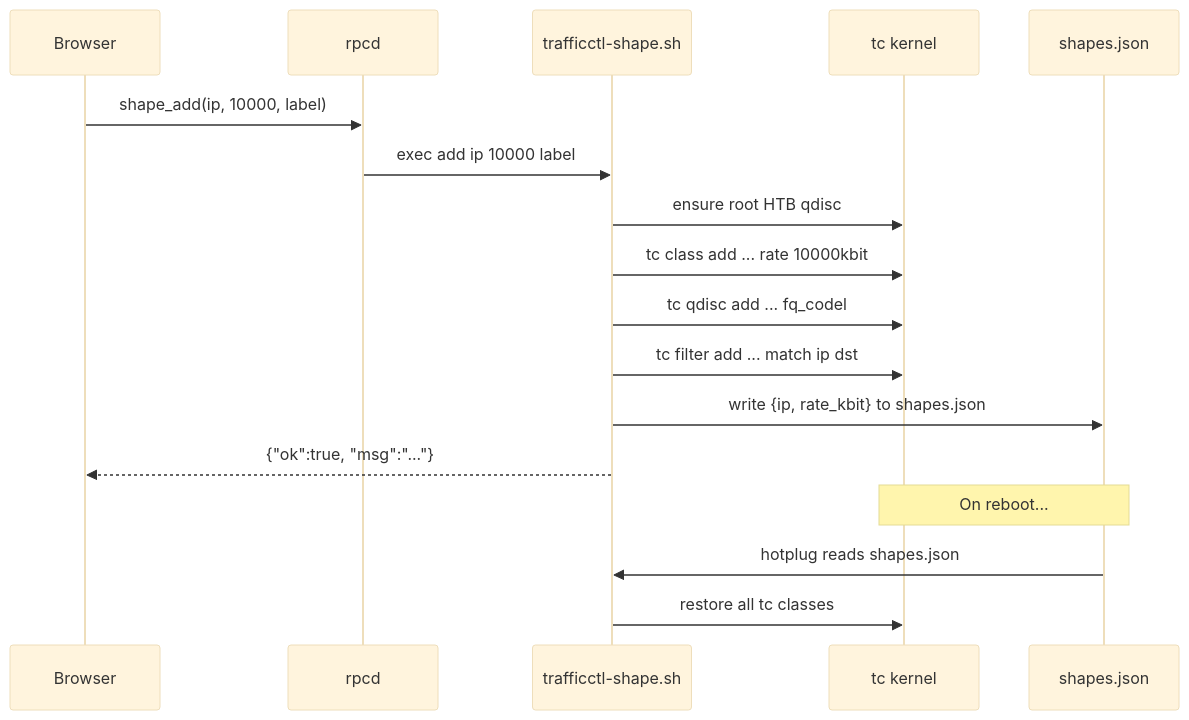
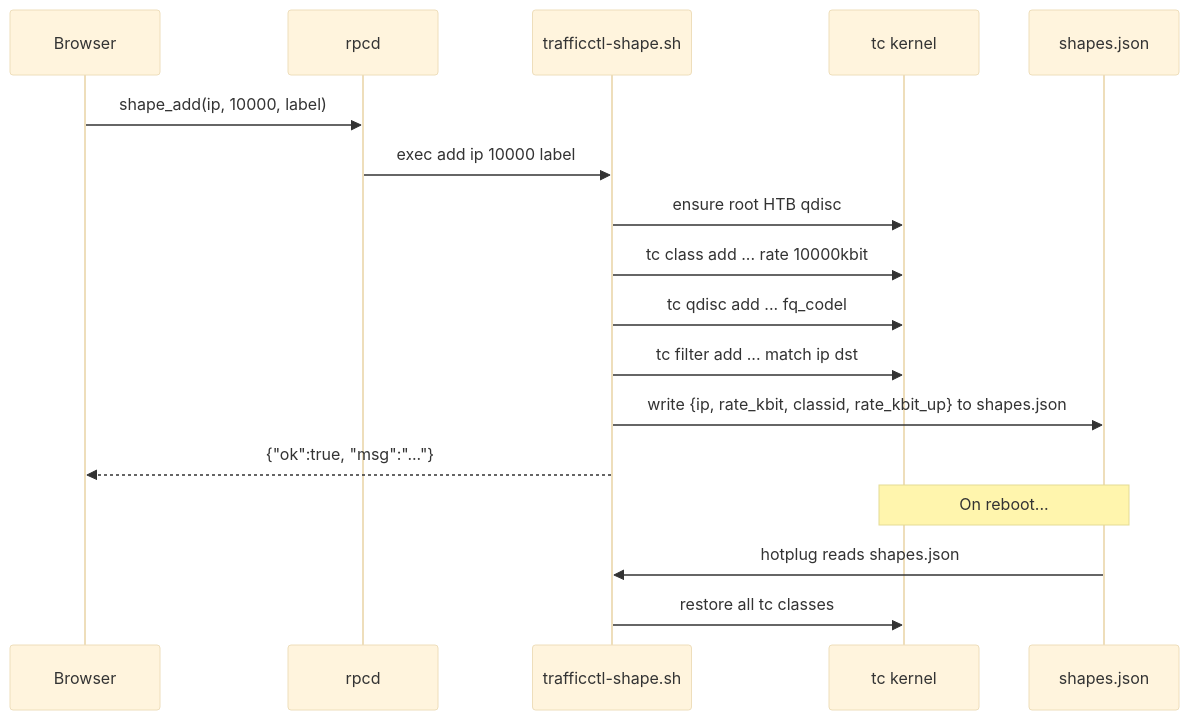
Before and after one commit to YusDyr/luci-app-trafficctl: the fourth of 6 diagrams in docs/ARCHITECTURE.md, drawn with Mermaid (base theme). The commit also changed other lines of this file and 4 other files, not shown here.

````diff
--- a/docs/ARCHITECTURE.md
+++ b/docs/ARCHITECTURE.md
@@ -159,21 +159,21 @@
 ```mermaid
 sequenceDiagram
     participant B as Browser
     participant R as rpcd
     participant SH as trafficctl-shape.sh
     participant TC as tc kernel
     participant FS as shapes.json
 
     B->>R: shape_add(ip, 10000, label)
     R->>SH: exec add ip 10000 label
     SH->>TC: ensure root HTB qdisc
     SH->>TC: tc class add ... rate 10000kbit
     SH->>TC: tc qdisc add ... fq_codel
     SH->>TC: tc filter add ... match ip dst
-    SH->>FS: write {ip, rate_kbit} to shapes.json
+    SH->>FS: write {ip, rate_kbit, classid, rate_kbit_up} to shapes.json
     SH-->>B: {"ok":true, "msg":"..."}
 
     Note over TC,FS: On reboot...
     FS->>SH: hotplug reads shapes.json
     SH->>TC: restore all tc classes
 ```
````
